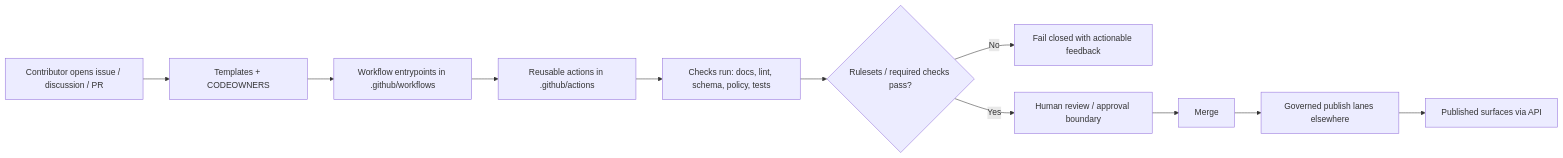
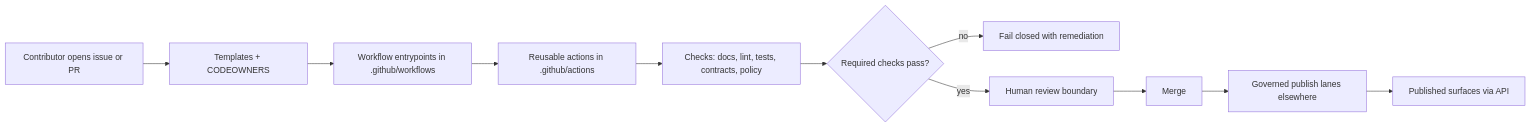
Before and after one commit to bartytime4life/Kansas-Frontier-Matrix: the diagram in .github/README.md, drawn with Mermaid. The commit also changed other lines of this file, not shown here.

````diff
--- a/.github/README.md
+++ b/.github/README.md
@@ -226,13 +182,13 @@
 ```mermaid
 flowchart LR
-    A[Contributor opens issue / discussion / PR] --> B[Templates + CODEOWNERS]
+    A[Contributor opens issue or PR] --> B[Templates + CODEOWNERS]
     B --> C[Workflow entrypoints in .github/workflows]
     C --> D[Reusable actions in .github/actions]
-    D --> E[Checks run: docs, lint, schema, policy, tests]
-    E --> F{Rulesets / required checks pass?}
-    F -- No --> G[Fail closed with actionable feedback]
-    F -- Yes --> H[Human review / approval boundary]
+    D --> E[Checks: docs, lint, tests, contracts, policy]
+    E --> F{Required checks pass?}
+    F -- no --> G[Fail closed with remediation]
+    F -- yes --> H[Human review boundary]
     H --> I[Merge]
     I --> J[Governed publish lanes elsewhere]
     J --> K[Published surfaces via API]
 ```
````
